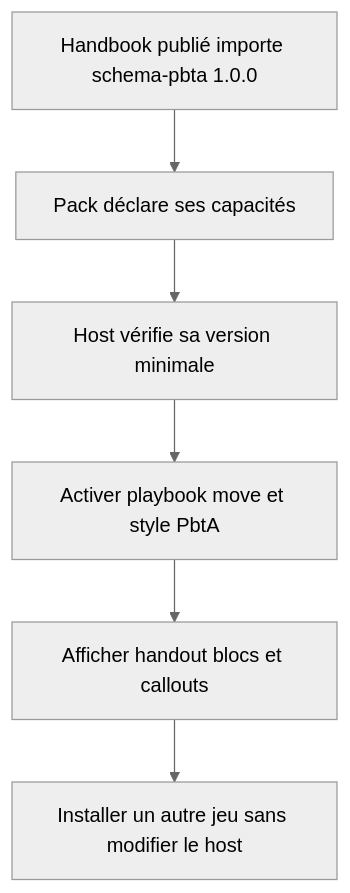
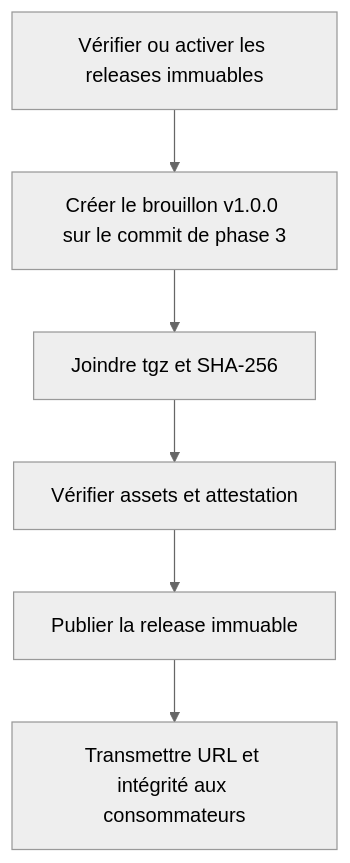
The first of 2 diagrams in aidd_docs/tasks/2026_09/2026_09_11_schema-pbta-canonical-contract/phase-4.md (RebelliousSmile/schema-pbta), drawn with Mermaid (neutral theme) before and after one commit. The commit also changed other lines of this file and 4 other files, not shown here.

````diff
--- a/aidd_docs/tasks/2026_09/2026_09_11_schema-pbta-canonical-contract/phase-4.md
+++ b/aidd_docs/tasks/2026_09/2026_09_11_schema-pbta-canonical-contract/phase-4.md
@@ -32,8 +21,8 @@
 ```mermaid
 flowchart TD
-  A[Handbook publié importe schema-pbta 1.0.0] --> B[Pack déclare ses capacités]
-  B --> C[Host vérifie sa version minimale]
-  C --> D[Activer playbook move et style PbtA]
-  D --> E[Afficher handout blocs et callouts]
-  E --> F[Installer un autre jeu sans modifier le host]
+  A[Vérifier ou activer les releases immuables] --> B[Créer le brouillon v1.0.0 sur le commit de phase 3]
+  B --> C[Joindre tgz et SHA-256]
+  C --> D[Vérifier assets et attestation]
+  D --> E[Publier la release immuable]
+  E --> F[Transmettre URL et intégrité aux consommateurs]
 ```
````
